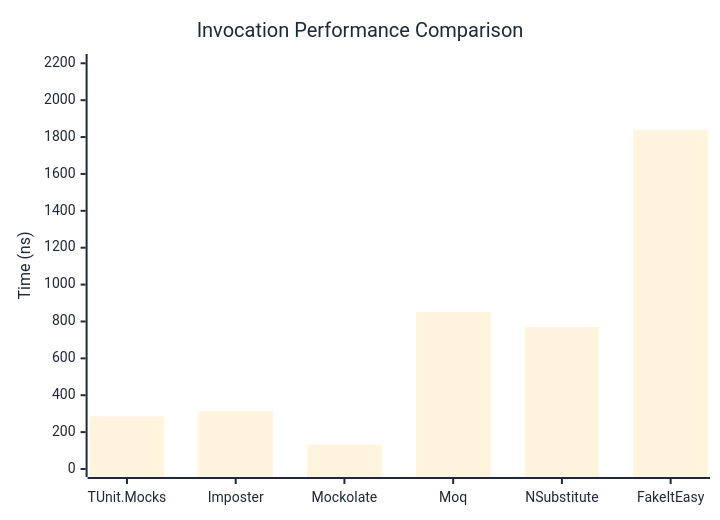
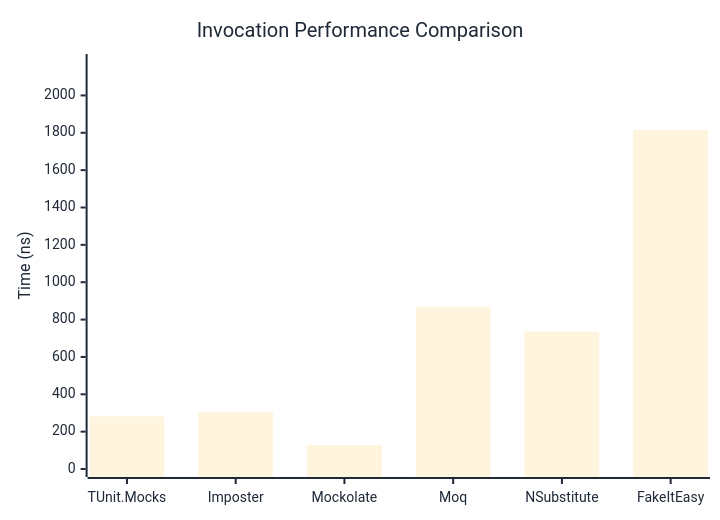
Before and after one commit to thomhurst/TUnit: the first of 3 diagrams in docs/docs/benchmarks/mocks/Invocation.md, drawn with Mermaid. The commit also changed other lines of this file and 14 other files, not shown here.

````diff
--- a/docs/docs/benchmarks/mocks/Invocation.md
+++ b/docs/docs/benchmarks/mocks/Invocation.md
@@ -30,27 +30,27 @@
 ```mermaid
 %%{init: {
   'theme':'base',
   'themeVariables': {
     'primaryColor': '#2563eb',
     'primaryTextColor': '#1f2937',
     'primaryBorderColor': '#1e40af',
     'lineColor': '#6b7280',
     'secondaryColor': '#7c3aed',
     'tertiaryColor': '#dc2626',
     'background': '#ffffff',
     'pie1': '#2563eb',
     'pie2': '#7c3aed',
     'pie3': '#dc2626',
     'pie4': '#f59e0b',
     'pie5': '#10b981',
     'pie6': '#06b6d4',
     'pie7': '#ec4899',
     'pie8': '#6366f1'
   }
 }}%%
 xychart-beta
   title "Invocation Performance Comparison"
   x-axis ["TUnit.Mocks", "Imposter", "Mockolate", "Moq", "NSubstitute", "FakeItEasy"]
-  y-axis "Time (ns)" 0 --> 2207
-  bar [285.2, 312.9, 132.4, 850.9, 770, 1838.9]
+  y-axis "Time (ns)" 0 --> 2179
+  bar [281.32, 304.35, 128.24, 868.43, 736.11, 1815.76]
 ```
````
